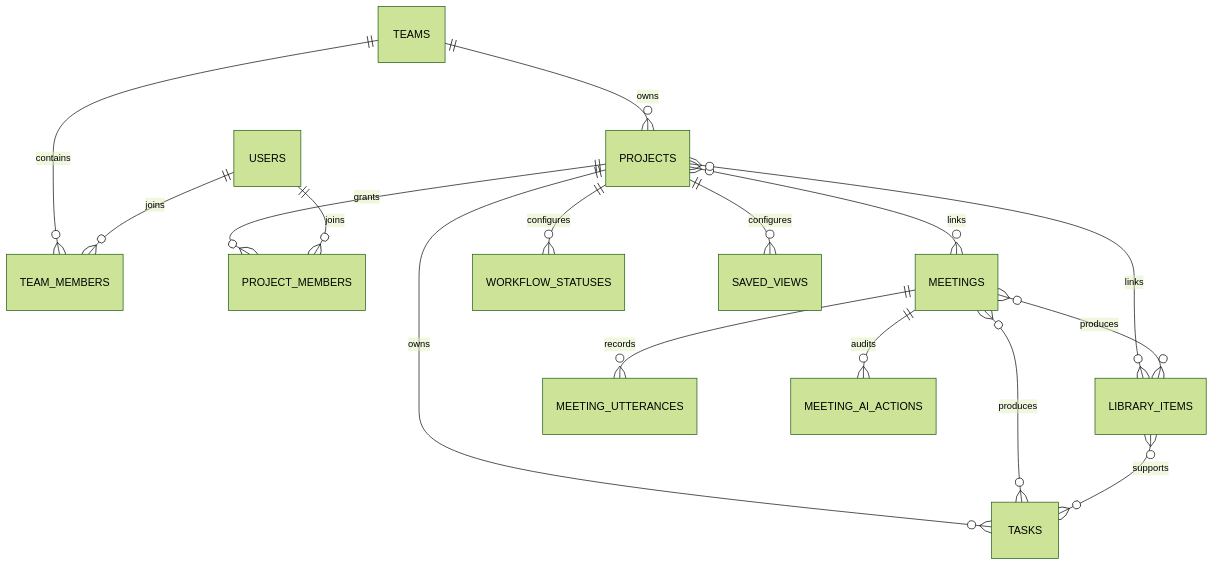
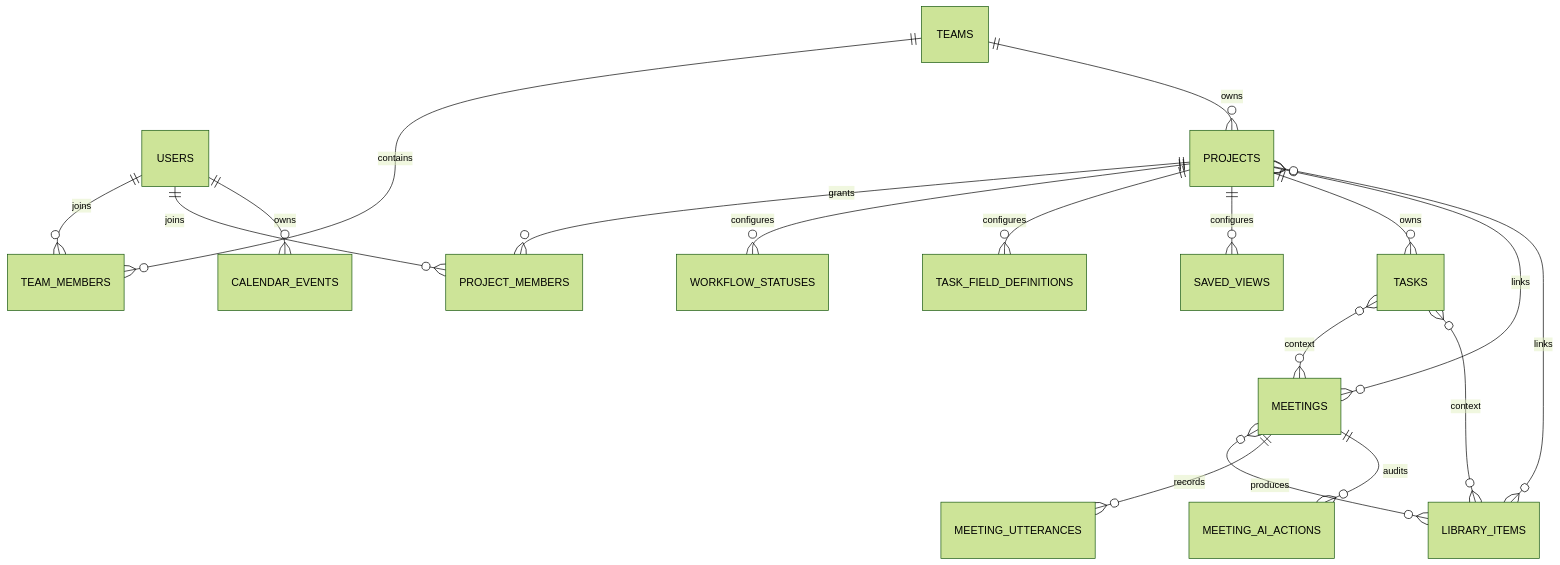
One commit to Untidy-cocoabutter173/Flowboard changed the first of 2 diagrams in docs/dev/flowboard-workspace-ai-refactor.md. Above: the diagram before and after it, drawn with Mermaid (forest theme). The commit also changed other lines of this file and 59 other files, not shown here.

Commit message:
refactor: embed Flowboard workspace runtime

````diff
--- a/docs/dev/flowboard-workspace-ai-refactor.md
+++ b/docs/dev/flowboard-workspace-ai-refactor.md
@@ -17,18 +78,20 @@
 ```mermaid
 erDiagram
   TEAMS ||--o{ TEAM_MEMBERS : contains
   USERS ||--o{ TEAM_MEMBERS : joins
   TEAMS ||--o{ PROJECTS : owns
   PROJECTS ||--o{ PROJECT_MEMBERS : grants
   USERS ||--o{ PROJECT_MEMBERS : joins
+  PROJECTS ||--o{ WORKFLOW_STATUSES : configures
+  PROJECTS ||--o{ TASK_FIELD_DEFINITIONS : configures
+  PROJECTS ||--o{ SAVED_VIEWS : configures
   PROJECTS ||--o{ TASKS : owns
   PROJECTS }o--o{ MEETINGS : links
   PROJECTS }o--o{ LIBRARY_ITEMS : links
+  TASKS }o--o{ MEETINGS : context
+  TASKS }o--o{ LIBRARY_ITEMS : context
   MEETINGS }o--o{ LIBRARY_ITEMS : produces
-  MEETINGS }o--o{ TASKS : produces
-  LIBRARY_ITEMS }o--o{ TASKS : supports
-  PROJECTS ||--o{ WORKFLOW_STATUSES : configures
-  PROJECTS ||--o{ SAVED_VIEWS : configures
   MEETINGS ||--o{ MEETING_UTTERANCES : records
   MEETINGS ||--o{ MEETING_AI_ACTIONS : audits
+  USERS ||--o{ CALENDAR_EVENTS : owns
 ```
````
